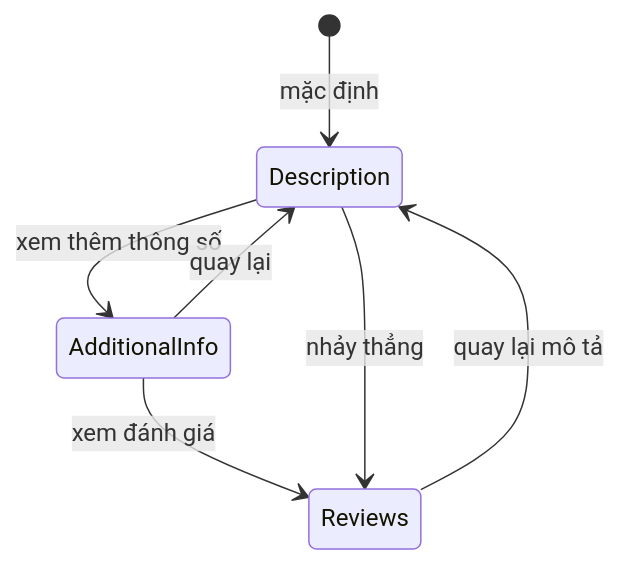
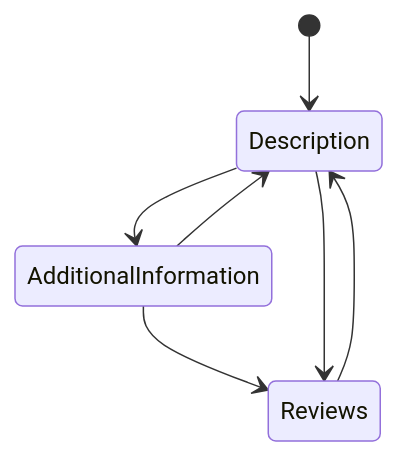
The ninth of 10 diagrams in 07-so-do-mermaid.md (NguyenDinhDang/Docs-E-commerce), drawn with Mermaid before and after one commit. The commit also changed other lines of this file, not shown here.

Commit message:
Fix mermaid code

````diff
--- a/07-so-do-mermaid.md
+++ b/07-so-do-mermaid.md
@@ -208,11 +178,11 @@
 ```mermaid
 stateDiagram-v2
-    [*] --> Description : mặc định
+    [*] --> Description
 
-    Description --> AdditionalInfo : xem thêm thông số
-    AdditionalInfo --> Reviews : xem đánh giá
-    Reviews --> Description : quay lại mô tả
+    Description --> AdditionalInformation
+    AdditionalInformation --> Reviews
+    Reviews --> Description
 
-    Description --> Reviews : nhảy thẳng
-    AdditionalInfo --> Description : quay lại
+    AdditionalInformation --> Description
+    Description --> Reviews
 ```
````
